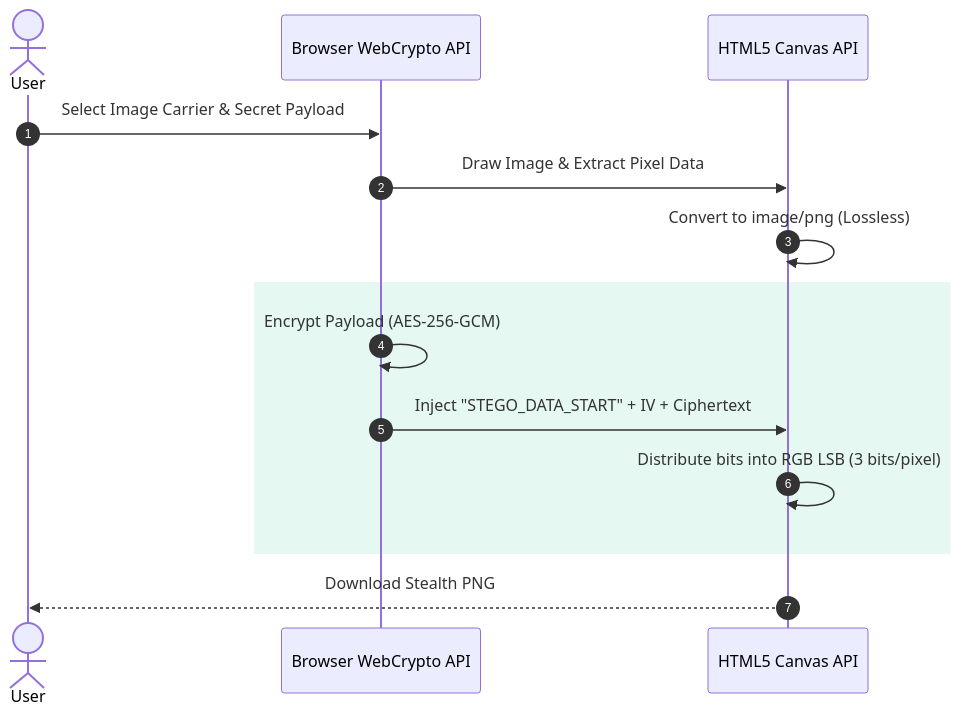
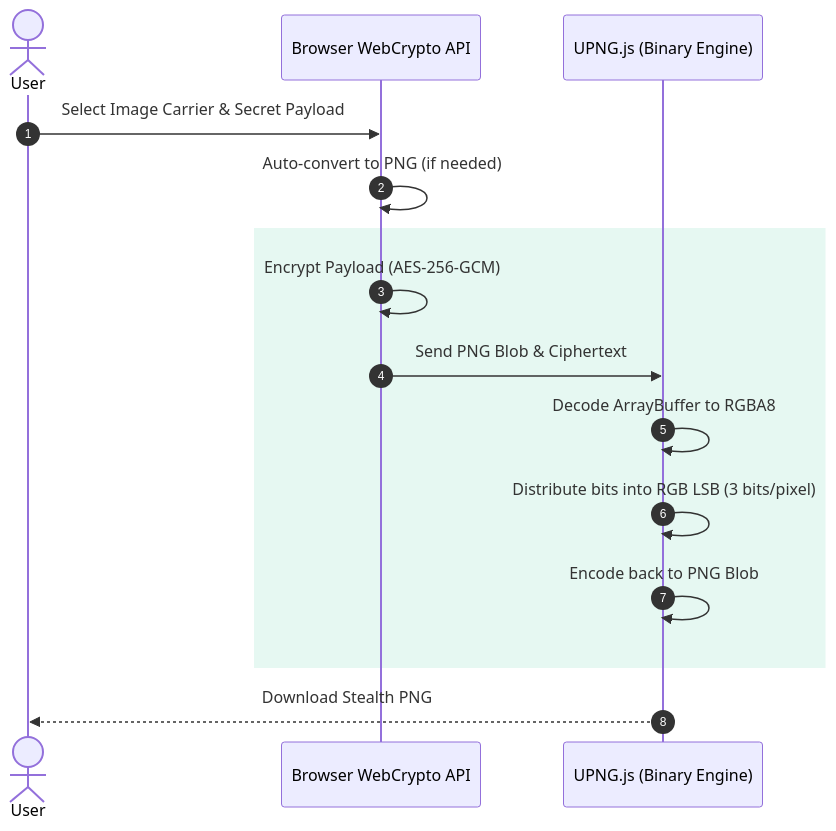
The third of 3 diagrams in README.md (kirtanpatel2201/CryptoSeal), drawn with Mermaid before and after one commit. The commit also changed other lines of this file, not shown here.

Commit message:
docs: Correct LSB injection architecture to reflect UPNG.js usage over Canvas

````diff
--- a/README.md
+++ b/README.md
@@ -109,17 +109,18 @@
 ```mermaid
 sequenceDiagram
     autonumber
     actor User
     participant WebCrypto as Browser WebCrypto API
-    participant Canvas as HTML5 Canvas API
+    participant UPNG as UPNG.js (Binary Engine)
 
     User->>WebCrypto: Select Image Carrier & Secret Payload
-    WebCrypto->>Canvas: Draw Image & Extract Pixel Data
-    Canvas->>Canvas: Convert to image/png (Lossless)
+    WebCrypto->>WebCrypto: Auto-convert to PNG (if needed)
     rect rgba(16, 185, 129, 0.1)
     WebCrypto->>WebCrypto: Encrypt Payload (AES-256-GCM)
-    WebCrypto->>Canvas: Inject "STEGO_DATA_START" + IV + Ciphertext
-    Canvas->>Canvas: Distribute bits into RGB LSB (3 bits/pixel)
+    WebCrypto->>UPNG: Send PNG Blob & Ciphertext
+    UPNG->>UPNG: Decode ArrayBuffer to RGBA8
+    UPNG->>UPNG: Distribute bits into RGB LSB (3 bits/pixel)
+    UPNG->>UPNG: Encode back to PNG Blob
     end
-    Canvas-->>User: Download Stealth PNG
+    UPNG-->>User: Download Stealth PNG
 ```
````
